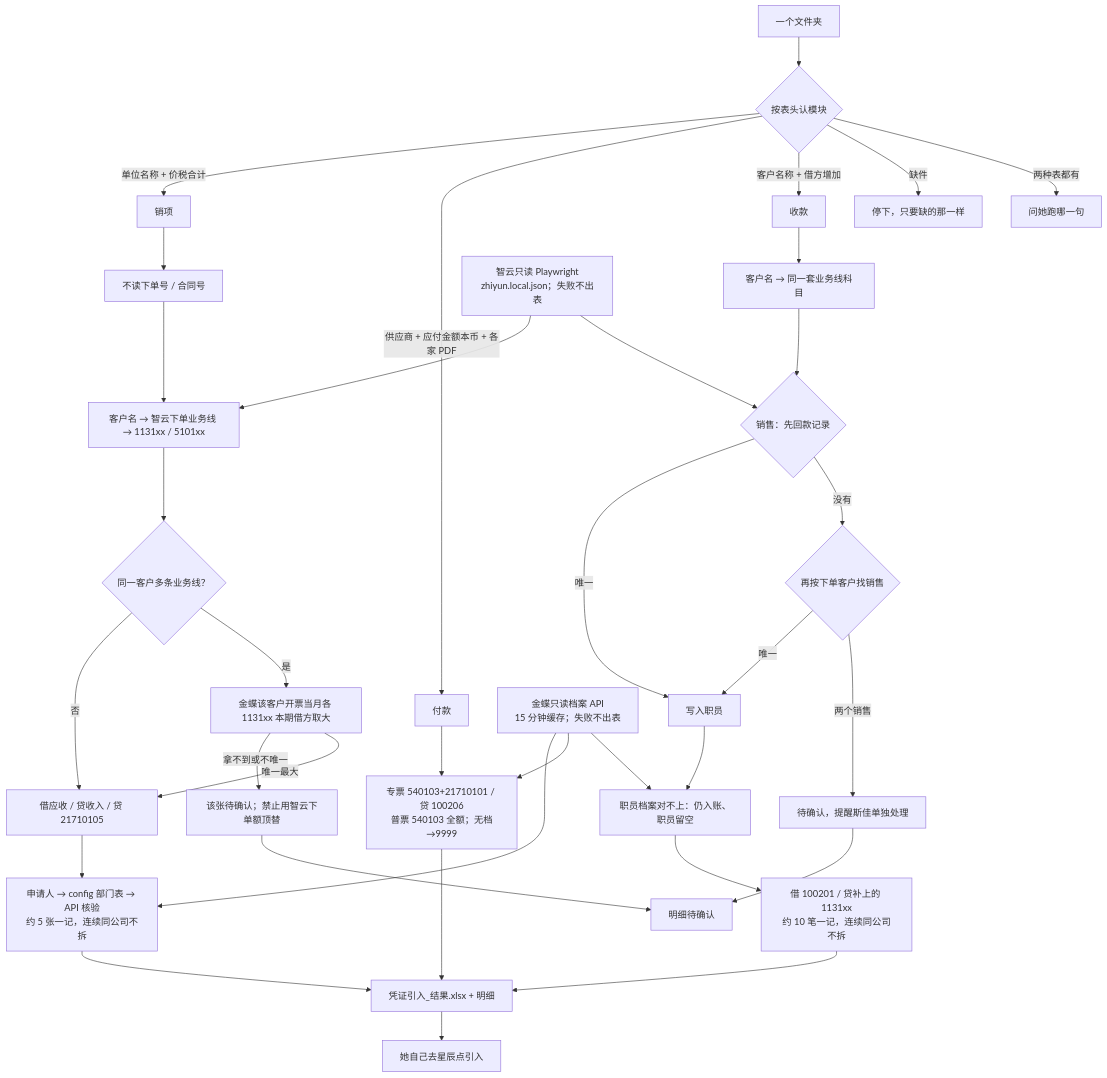
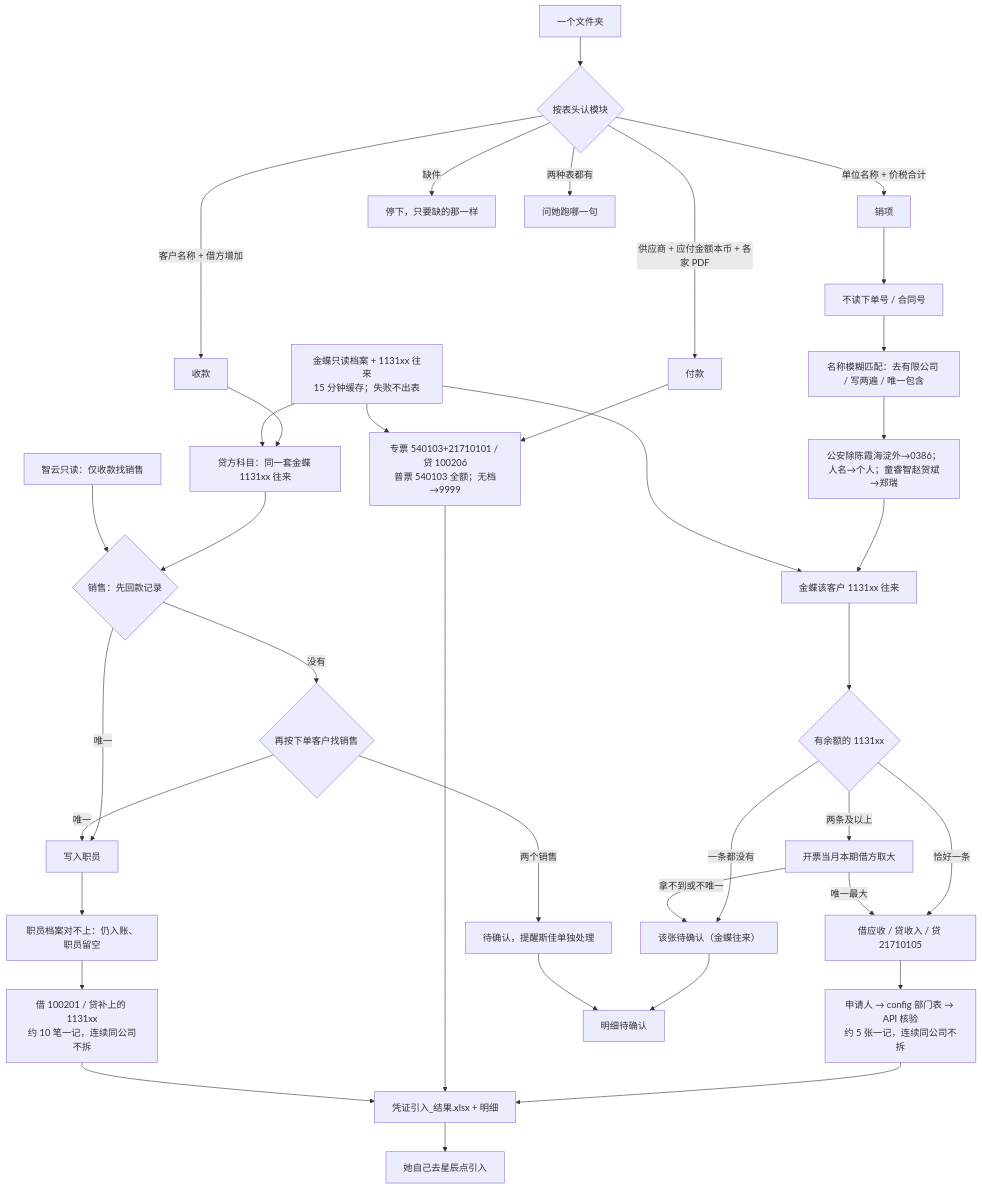
The diagram in skills/kingdee-posting/README.md (EvanLee2004/finance-skills), drawn with Mermaid before and after one commit. The commit also changed other lines of this file and 19 other files, not shown here.

````diff
--- a/skills/kingdee-posting/README.md
+++ b/skills/kingdee-posting/README.md
@@ -53,37 +53,39 @@
 ```mermaid
 flowchart TD
   A["一个文件夹"] --> B{"按表头认模块"}
   B -->|单位名称 + 价税合计| S["销项"]
   B -->|供应商 + 应付金额本币 + 各家 PDF| P["付款"]
   B -->|客户名称 + 借方增加| R["收款"]
   B -->|缺件| M["停下，只要缺的那一样"]
   B -->|两种表都有| Q["问她跑哪一句"]
   S --> S1["不读下单号 / 合同号"]
-  S1 --> S2["客户名 → 智云下单业务线 → 1131xx / 5101xx"]
-  S2 --> S3{"同一客户多条业务线？"}
-  S3 -->|否| S4["借应收 / 贷收入 / 贷 21710105"]
-  S3 -->|是| S5["金蝶该客户开票当月各 1131xx 本期借方取大"]
-  S5 -->|拿不到或不唯一| SH["该张待确认；禁止用智云下单额顶替"]
+  S1 --> S1b["名称模糊匹配：去有限公司 / 写两遍 / 唯一包含"]
+  S1b --> S1c["公安除陈霞海淀外→0386；人名→个人；童睿智赵贺斌→郑瑞"]
+  S1c --> S2["金蝶该客户 1131xx 往来"]
+  S2 --> S3{"有余额的 1131xx"}
+  S3 -->|恰好一条| S4["借应收 / 贷收入 / 贷 21710105"]
+  S3 -->|两条及以上| S5["开票当月本期借方取大"]
+  S3 -->|一条都没有| SH["该张待确认（金蝶往来）"]
+  S5 -->|拿不到或不唯一| SH
   S5 -->|唯一最大| S4
   S4 --> S6["申请人 → config 部门表 → API 核验<br/>约 5 张一记，连续同公司不拆"]
   P --> P1["专票 540103+21710101 / 贷 100206<br/>普票 540103 全额；无档→9999"]
-  R --> R1["客户名 → 同一套业务线科目"]
+  R --> R1["贷方科目：同一套金蝶 1131xx 往来"]
   R1 --> R2{"销售：先回款记录"}
   R2 -->|唯一| R4["写入职员"]
   R2 -->|没有| R3{"再按下单客户找销售"}
   R3 -->|唯一| R4
   R3 -->|两个销售| RH["待确认，提醒斯佳单独处理"]
   R4 --> R5["职员档案对不上：仍入账、职员留空"]
   R5 --> R6["借 100201 / 贷补上的 1131xx<br/>约 10 笔一记，连续同公司不拆"]
   S6 --> O["凭证引入_结果.xlsx + 明细"]
   P1 --> O
   R6 --> O
   SH --> D["明细待确认"]
   RH --> D
   O --> H["她自己去星辰点引入"]
-  K["金蝶只读档案 API<br/>15 分钟缓存；失败不出表"] --> S6
+  K["金蝶只读档案 + 1131xx 往来<br/>15 分钟缓存；失败不出表"] --> S2
   K --> P1
-  K --> R5
-  Z["智云只读 Playwright<br/>zhiyun.local.json；失败不出表"] --> S2
-  Z --> R2
+  K --> R1
+  Z["智云只读：仅收款找销售"] --> R2
 ```
````
